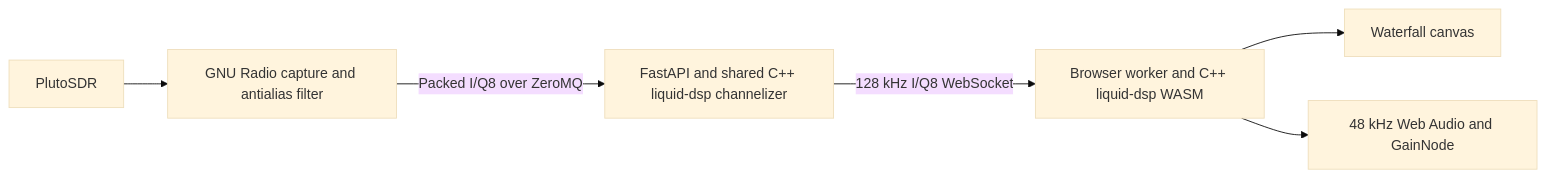
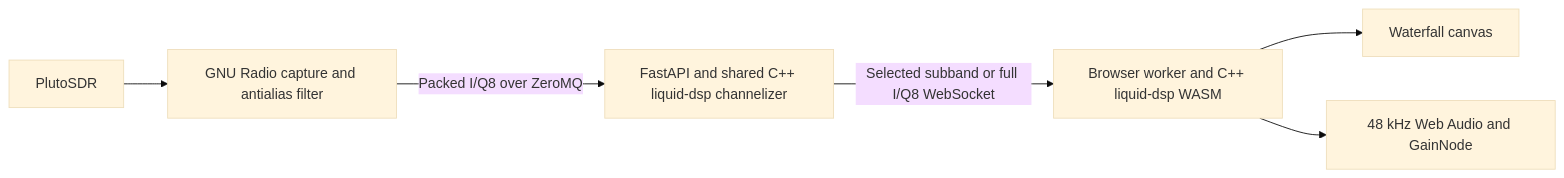
One commit to Biblink02/WebSDR-Transceiver changed the diagram in README.md. Above: the diagram before and after it, drawn with Mermaid (base theme). The commit also changed other lines of this file and 16 other files, not shown here.

````diff
--- a/README.md
+++ b/README.md
@@ -8,8 +9,8 @@
 ```mermaid
 flowchart LR
     Pluto[PlutoSDR] --> SDR[GNU Radio capture and antialias filter]
     SDR -->|Packed I/Q8 over ZeroMQ| Backend[FastAPI and shared C++ liquid-dsp channelizer]
-    Backend -->|128 kHz I/Q8 WebSocket| Worker[Browser worker and C++ liquid-dsp WASM]
+    Backend -->|Selected subband or full I/Q8 WebSocket| Worker[Browser worker and C++ liquid-dsp WASM]
     Worker --> Waterfall[Waterfall canvas]
     Worker --> Audio[48 kHz Web Audio and GainNode]
 ```
````
